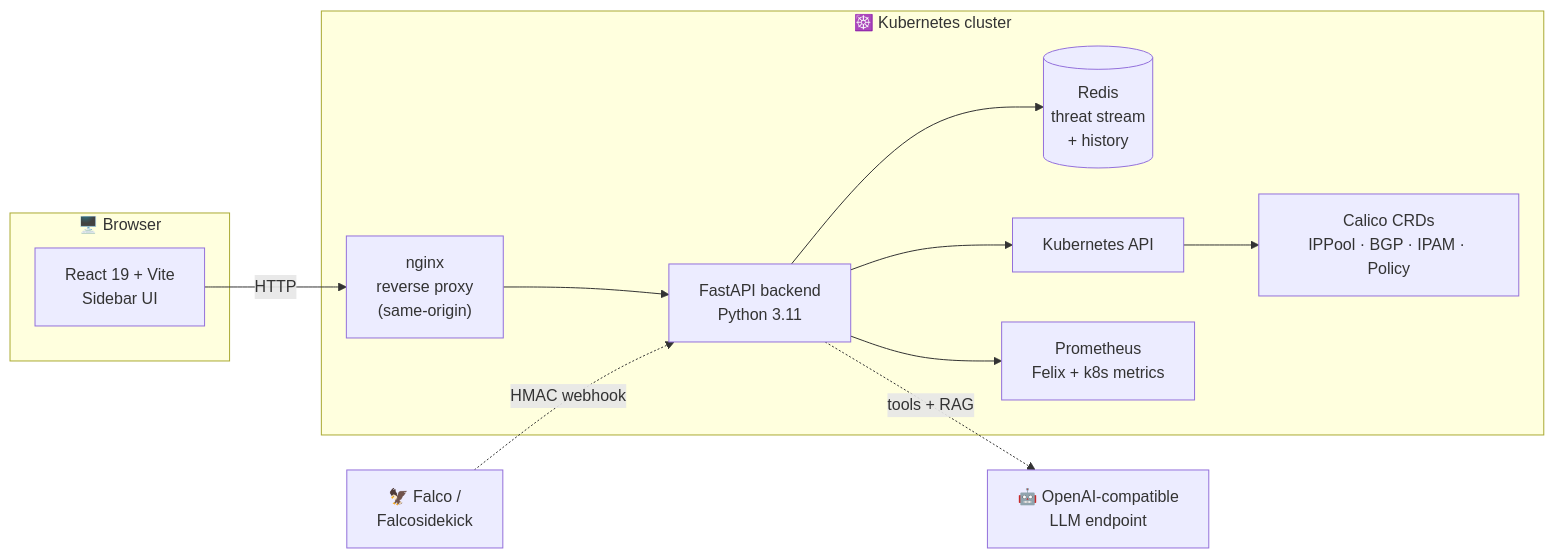
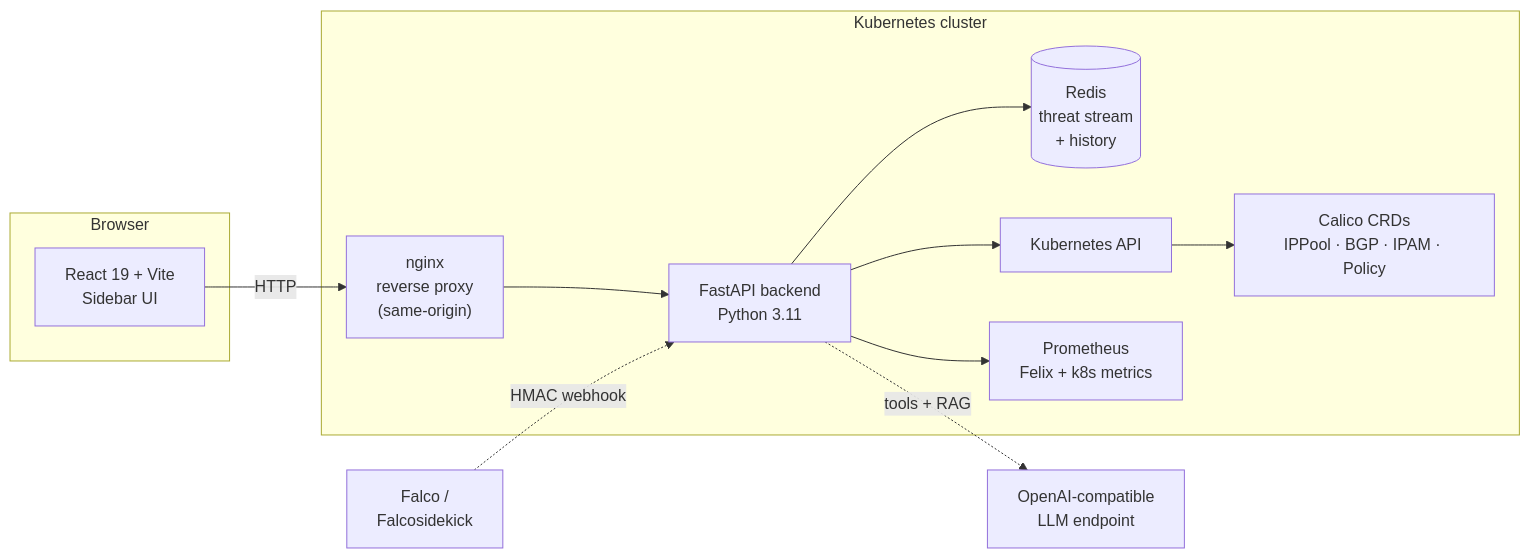
One commit to elyesbouzanbila-oss/C3-Dashboard changed the diagram in README.md. Above: the diagram before and after it, drawn with Mermaid. The commit also changed other lines of this file, not shown here.

````diff
--- a/README.md
+++ b/README.md
@@ -189,25 +126,25 @@
 ```mermaid
 flowchart LR
-    subgraph B["🖥️ Browser"]
+    subgraph B["Browser"]
         UI["React 19 + Vite<br/>Sidebar UI"]
     end
 
-    subgraph K["☸️ Kubernetes cluster"]
+    subgraph K["Kubernetes cluster"]
         NGX["nginx<br/>reverse proxy<br/>(same-origin)"]
         API["FastAPI backend<br/>Python 3.11"]
         RDS[("Redis<br/>threat stream<br/>+ history")]
         K8S["Kubernetes API"]
         CAL["Calico CRDs<br/>IPPool · BGP · IPAM · Policy"]
         PROM["Prometheus<br/>Felix + k8s metrics"]
     end
 
-    FALCO["🦅 Falco /<br/>Falcosidekick"]
-    LLM["🤖 OpenAI-compatible<br/>LLM endpoint"]
+    FALCO["Falco /<br/>Falcosidekick"]
+    LLM["OpenAI-compatible<br/>LLM endpoint"]
 
     UI -->|HTTP| NGX --> API
     API --> RDS
     API --> K8S --> CAL
     API --> PROM
     FALCO -.->|HMAC webhook| API
     API -.->|tools + RAG| LLM
 ```
````
